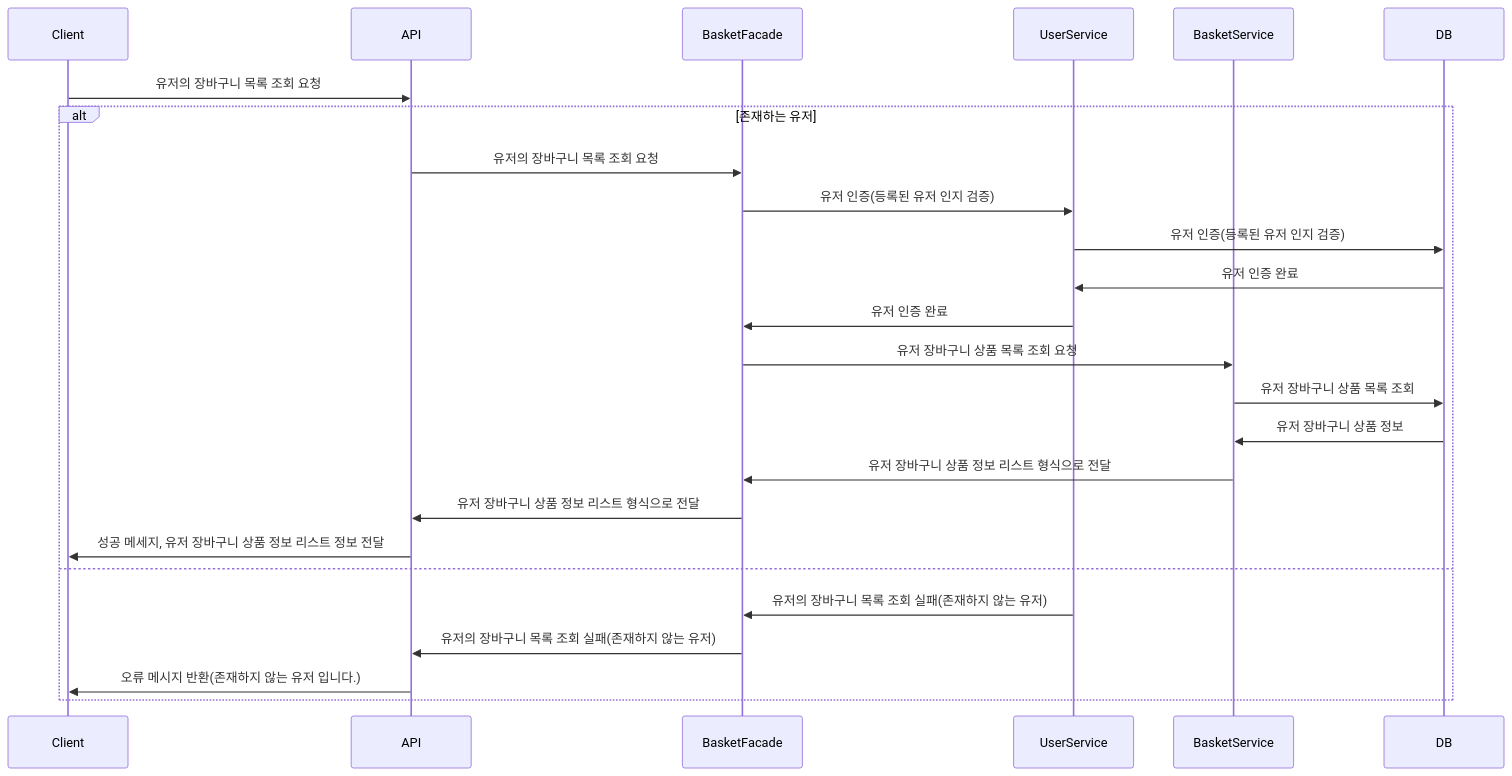
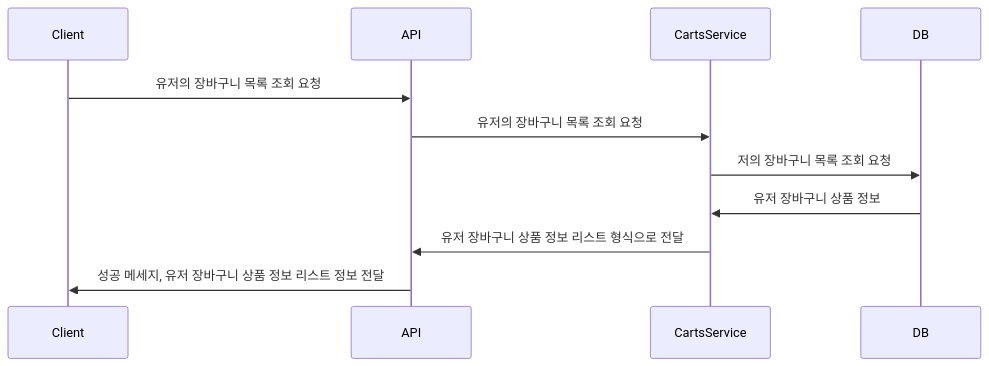
The seventh of 9 diagrams in docs/EventSequence.md (LeeJeongGi/hhplus-03-ecommerce), drawn with Mermaid before and after one commit. The commit also changed other lines of this file and 125 other files, not shown here.

````diff
--- a/docs/EventSequence.md
+++ b/docs/EventSequence.md
@@ -229,28 +224,15 @@
 ```mermaid
 sequenceDiagram
     participant Client
     participant API
-    participant BasketFacade
-    participant UserService
-    participant BasketService
+    participant CartsService
     participant DB
 
     Client ->> API:유저의 장바구니 목록 조회 요청
-    alt 존재하는 유저
-        API ->> BasketFacade: 유저의 장바구니 목록 조회 요청
-        BasketFacade ->> UserService: 유저 인증(등록된 유저 인지 검증)
-        UserService ->> DB: 유저 인증(등록된 유저 인지 검증)
-        DB ->> UserService: 유저 인증 완료
-        UserService ->> BasketFacade: 유저 인증 완료
-        BasketFacade ->> BasketService: 유저 장바구니 상품 목록 조회 요청
-        BasketService ->> DB: 유저 장바구니 상품 목록 조회
-        DB ->> BasketService: 유저 장바구니 상품 정보
-        BasketService ->> BasketFacade: 유저 장바구니 상품 정보 리스트 형식으로 전달
-        BasketFacade ->> API: 유저 장바구니 상품 정보 리스트 형식으로 전달
-        API ->> Client: 성공 메세지, 유저 장바구니 상품 정보 리스트 정보 전달
-    else
-        UserService ->> BasketFacade: 유저의 장바구니 목록 조회 실패(존재하지 않는 유저)
-        BasketFacade ->> API: 유저의 장바구니 목록 조회 실패(존재하지 않는 유저)
-        API ->> Client: 오류 메시지 반환(존재하지 않는 유저 입니다.)
-    end
+    API ->> CartsService: 유저의 장바구니 목록 조회 요청
+    CartsService ->> DB: 저의 장바구니 목록 조회 요청
+    DB ->> CartsService: 유저 장바구니 상품 정보
+    CartsService ->> API: 유저 장바구니 상품 정보 리스트 형식으로 전달
+    API ->> Client: 성공 메세지, 유저 장바구니 상품 정보 리스트 정보 전달
+ 
 ```
````
